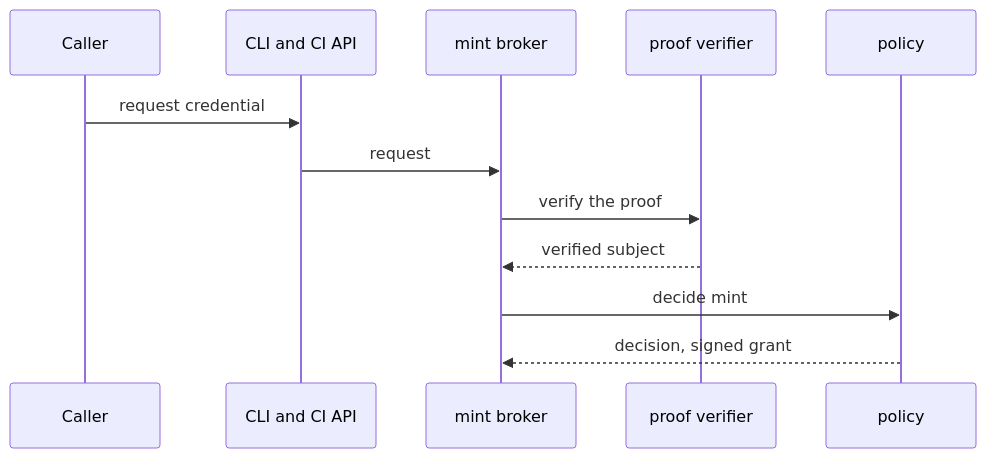
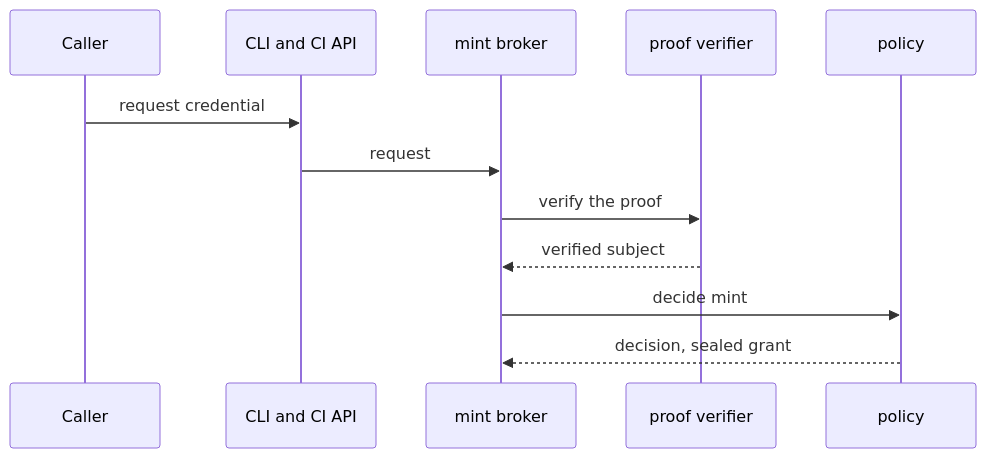
The first of 7 diagrams in docs/architecture/components.md (truvity/sluis), drawn with Mermaid before and after one commit. The commit also changed other lines of this file and 33 other files, not shown here.

````diff
--- a/docs/architecture/components.md
+++ b/docs/architecture/components.md
@@ -65,14 +65,14 @@
 ```mermaid
 sequenceDiagram
   participant C as Caller
   participant F as CLI and CI API
   participant M as mint broker
   participant P as proof verifier
   participant D as policy
   C->>F: request credential
   F->>M: request
   M->>P: verify the proof
   P-->>M: verified subject
   M->>D: decide mint
-  D-->>M: decision, signed grant
+  D-->>M: decision, sealed grant
 ```
````
